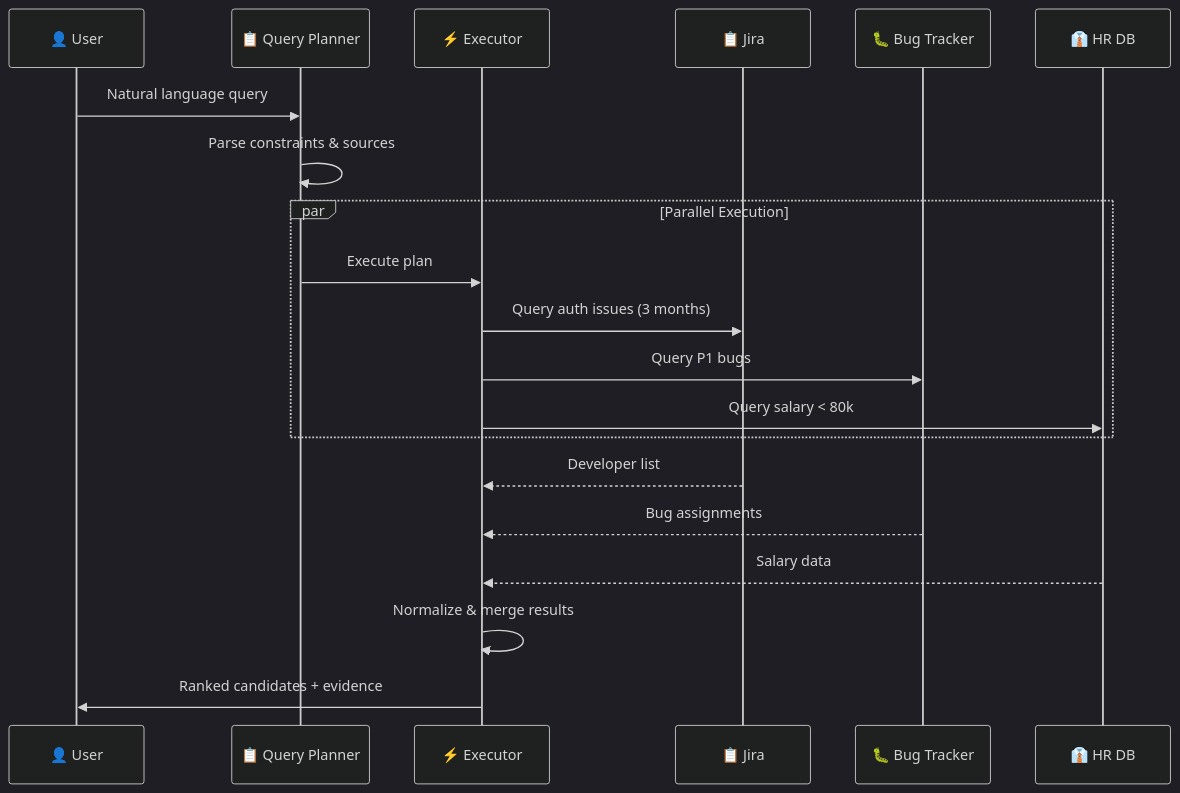
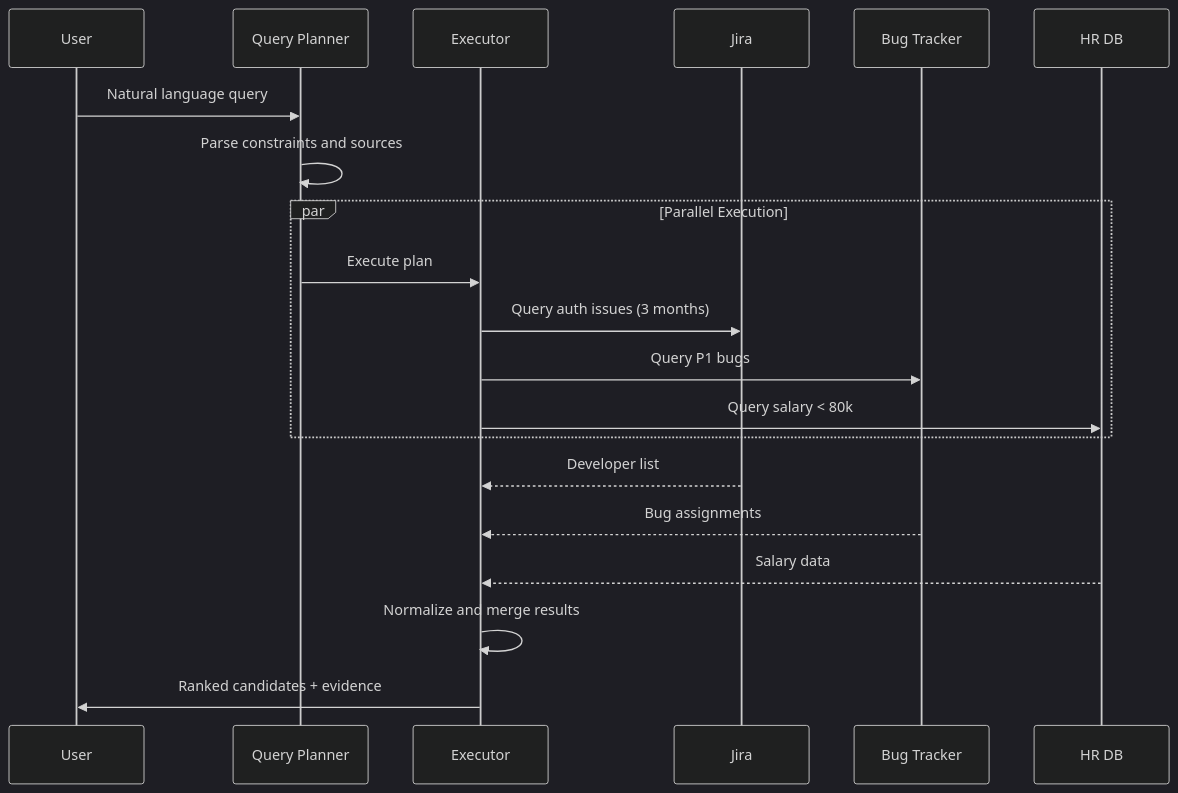
The fifth of 10 diagrams in README.md (Arjun-Walia/MERIDIAN-), drawn with Mermaid (dark theme) before and after one commit. The commit also changed other lines of this file, not shown here.

````diff
--- a/README.md
+++ b/README.md
@@ -394,26 +301,26 @@
 ```mermaid
 sequenceDiagram
-    participant U as 👤 User
-    participant P as 📋 Query Planner
-    participant E as ⚡ Executor
-    participant J as 📋 Jira
-    participant B as 🐛 Bug Tracker
-    participant H as 👔 HR DB
+    participant U as User
+    participant P as Query Planner
+    participant E as Executor
+    participant J as Jira
+    participant B as Bug Tracker
+    participant H as HR DB
     
     U->>P: Natural language query
-    P->>P: Parse constraints & sources
+    P->>P: Parse constraints and sources
     
     par Parallel Execution
         P->>E: Execute plan
         E->>J: Query auth issues (3 months)
         E->>B: Query P1 bugs
         E->>H: Query salary < 80k
     end
     
     J-->>E: Developer list
     B-->>E: Bug assignments
     H-->>E: Salary data
     
-    E->>E: Normalize & merge results
+    E->>E: Normalize and merge results
     E->>U: Ranked candidates + evidence
 ```
````
